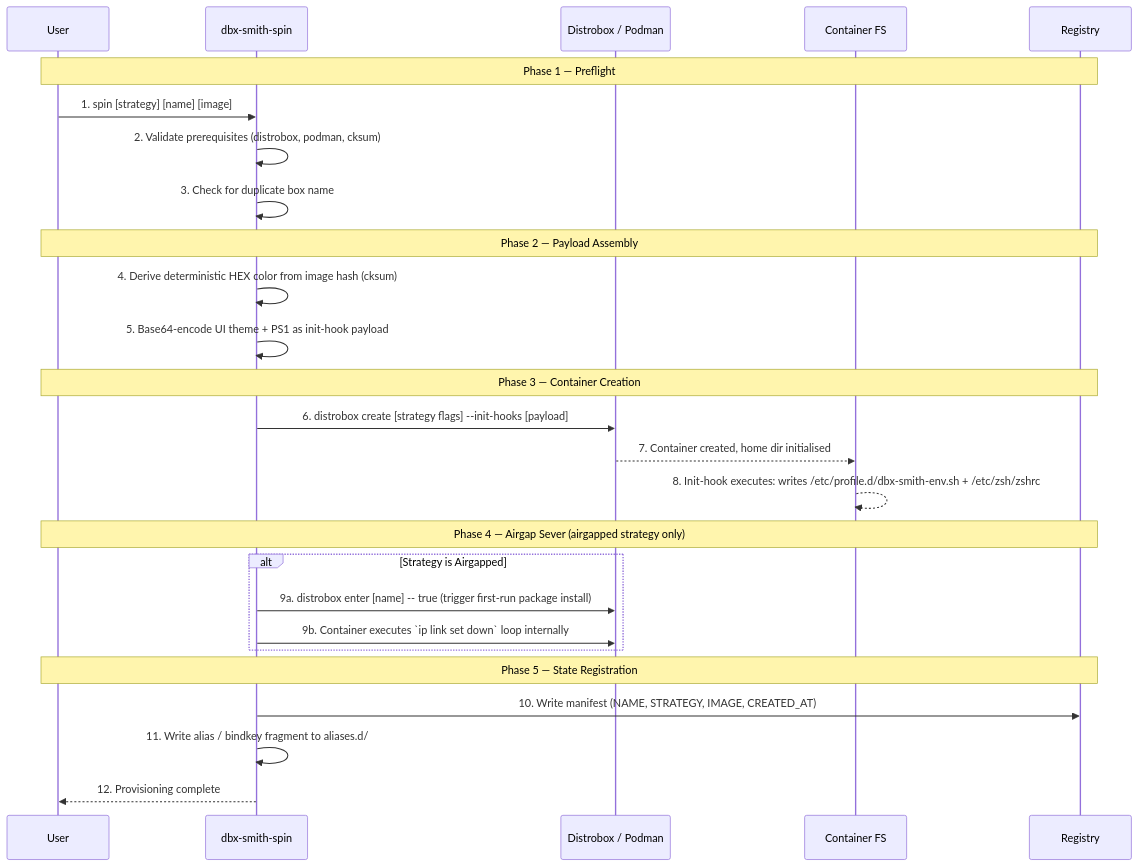
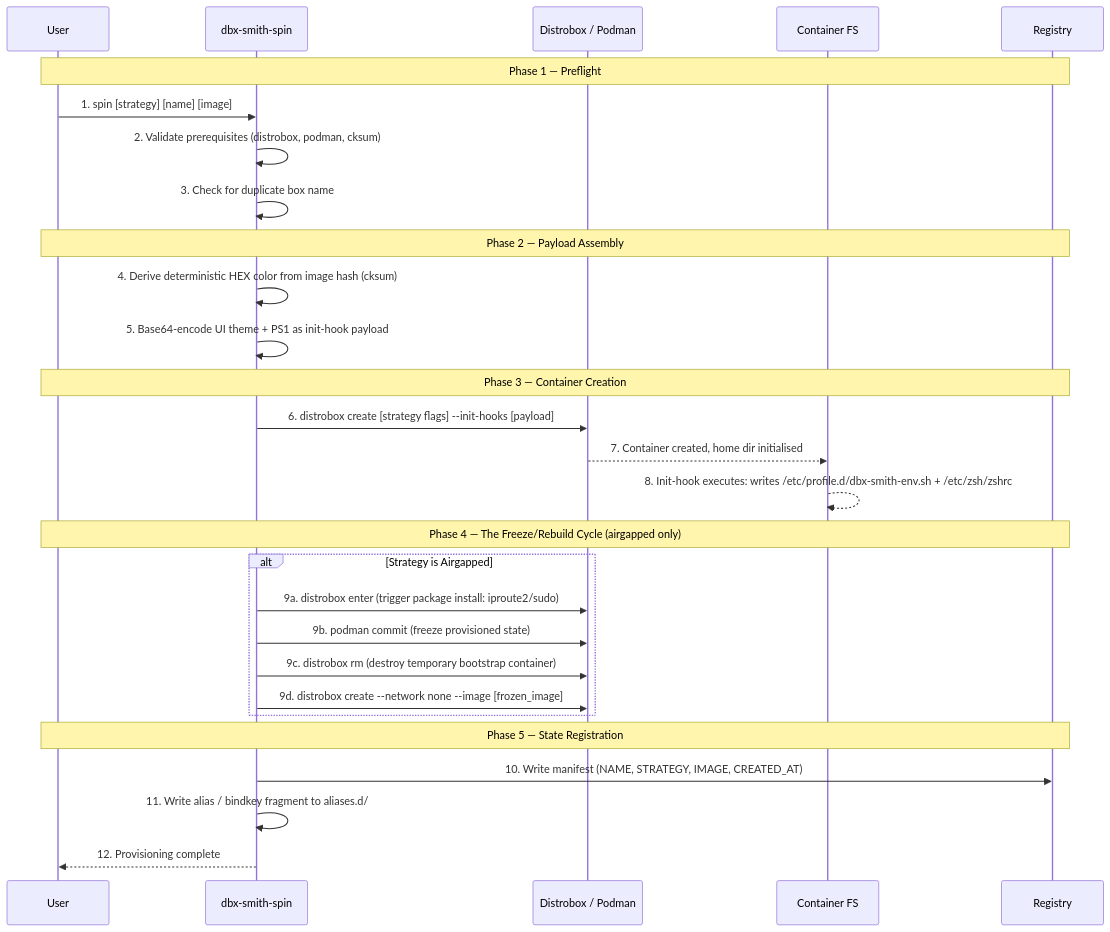
One commit to arijit1begins/dbx-smith changed the second of 2 diagrams in docs/docs/engineering/architecture.md. Above: the diagram before and after it, drawn with Mermaid. The commit also changed other lines of this file and 24 other files, not shown here.

````diff
--- a/docs/docs/engineering/architecture.md
+++ b/docs/docs/engineering/architecture.md
@@ -76,34 +80,36 @@
 ```mermaid
 %%{init: {"themeVariables": {"fontSize": "16px"}}}%%
 sequenceDiagram
     participant U as User
     participant S as dbx-smith-spin
     participant D as Distrobox / Podman
     participant C as Container FS
     participant R as Registry
 
     note over U,R: Phase 1 — Preflight
     U->>S: 1. spin [strategy] [name] [image]
     S->>S: 2. Validate prerequisites (distrobox, podman, cksum)
     S->>S: 3. Check for duplicate box name
 
     note over U,R: Phase 2 — Payload Assembly
     S->>S: 4. Derive deterministic HEX color from image hash (cksum)
     S->>S: 5. Base64-encode UI theme + PS1 as init-hook payload
 
     note over U,R: Phase 3 — Container Creation
     S->>D: 6. distrobox create [strategy flags] --init-hooks [payload]
     D-->>C: 7. Container created, home dir initialised
     C-->>C: 8. Init-hook executes: writes /etc/profile.d/dbx-smith-env.sh + /etc/zsh/zshrc
 
-    note over U,R: Phase 4 — Airgap Sever (airgapped strategy only)
+    note over U,R: Phase 4 — The Freeze/Rebuild Cycle (airgapped only)
     alt Strategy is Airgapped
-        S->>D: 9a. distrobox enter [name] -- true (trigger first-run package install)
-        S->>D: 9b. Container executes `ip link set down` loop internally
+        S->>D: 9a. distrobox enter (trigger package install: iproute2/sudo)
+        S->>D: 9b. podman commit (freeze provisioned state)
+        S->>D: 9c. distrobox rm (destroy temporary bootstrap container)
+        S->>D: 9d. distrobox create --network none --image [frozen_image]
     end
 
     note over U,R: Phase 5 — State Registration
     S->>R: 10. Write manifest (NAME, STRATEGY, IMAGE, CREATED_AT)
     S->>S: 11. Write alias / bindkey fragment to aliases.d/
     S-->>U: 12. Provisioning complete
 ```
````
